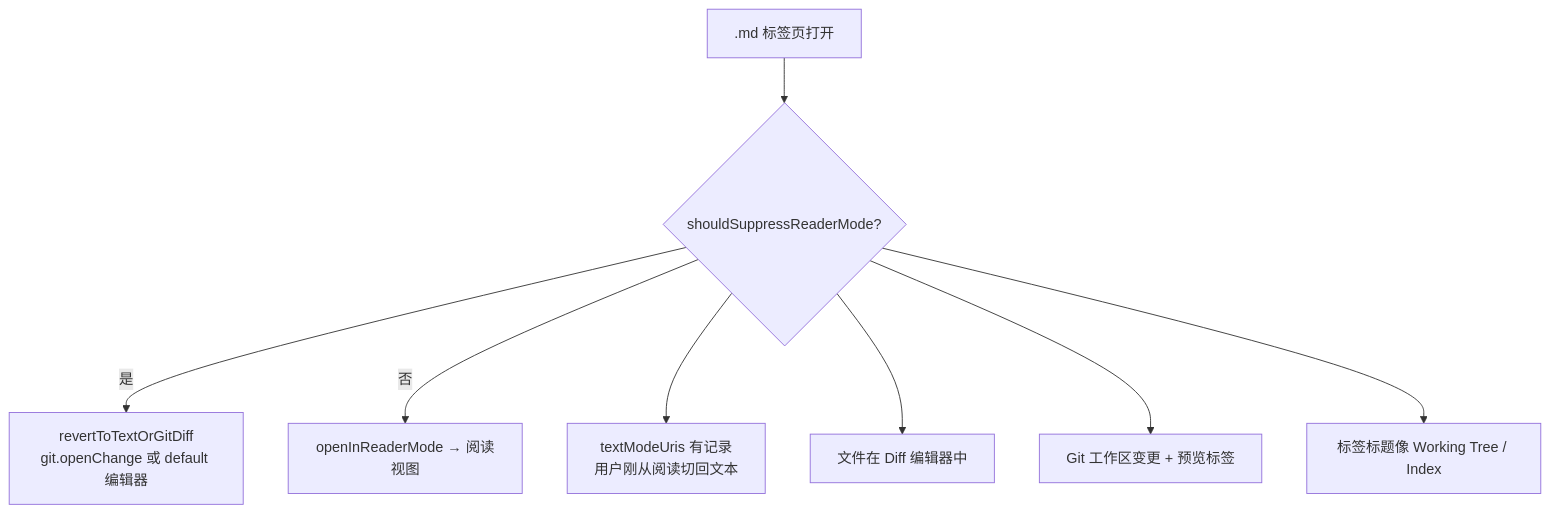
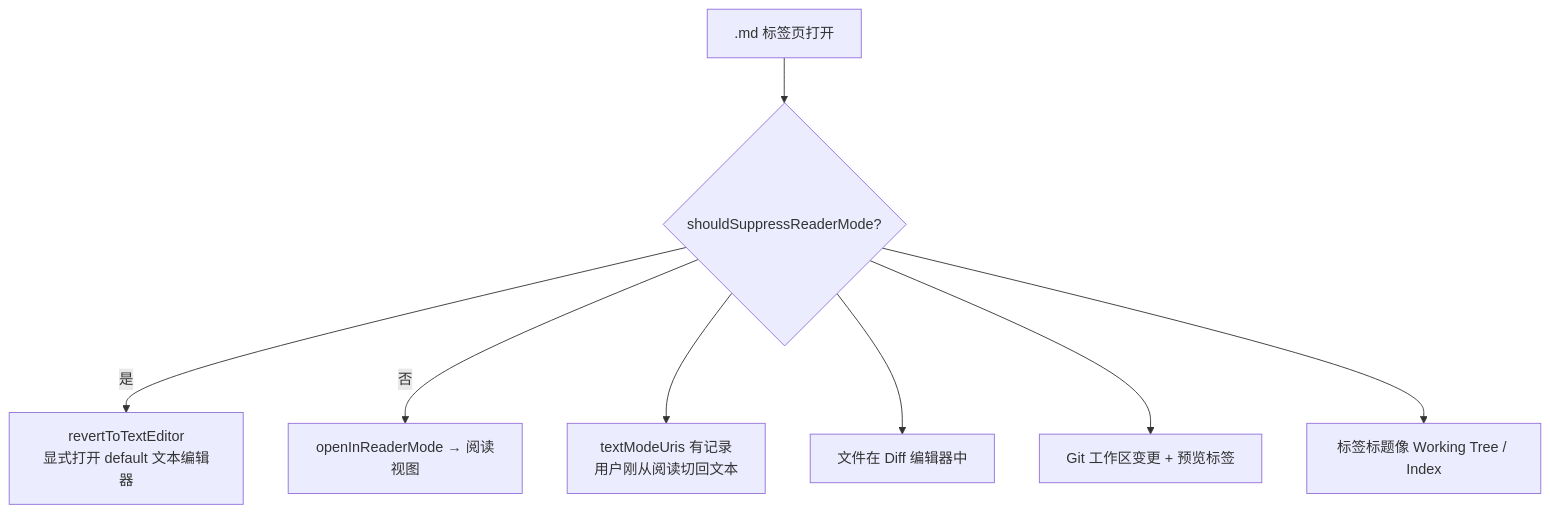
One commit to humensmoc/markdown-reader changed the ninth of 11 diagrams in docs/develop/project-architecture.md. Above: the diagram before and after it, drawn with Mermaid. The commit also changed 6 other files, not shown here.

````diff
--- a/docs/develop/project-architecture.md
+++ b/docs/develop/project-architecture.md
@@ -331,12 +331,12 @@
 ```mermaid
 flowchart TD
   OPEN[".md 标签页打开"] --> CHECK{"shouldSuppressReaderMode?"}
 
-  CHECK -->|是| REVERT["revertToTextOrGitDiff<br/>git.openChange 或 default 编辑器"]
+  CHECK -->|是| REVERT["revertToTextEditor<br/>显式打开 default 文本编辑器"]
   CHECK -->|否| READER["openInReaderMode → 阅读视图"]
 
   CHECK --> T1["textModeUris 有记录<br/>用户刚从阅读切回文本"]
   CHECK --> T2["文件在 Diff 编辑器中"]
   CHECK --> T3["Git 工作区变更 + 预览标签"]
   CHECK --> T4["标签标题像 Working Tree / Index"]
 ```
````
